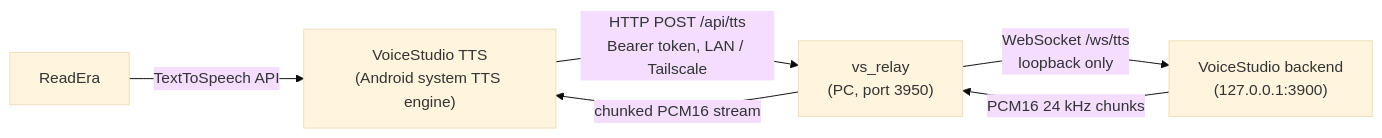
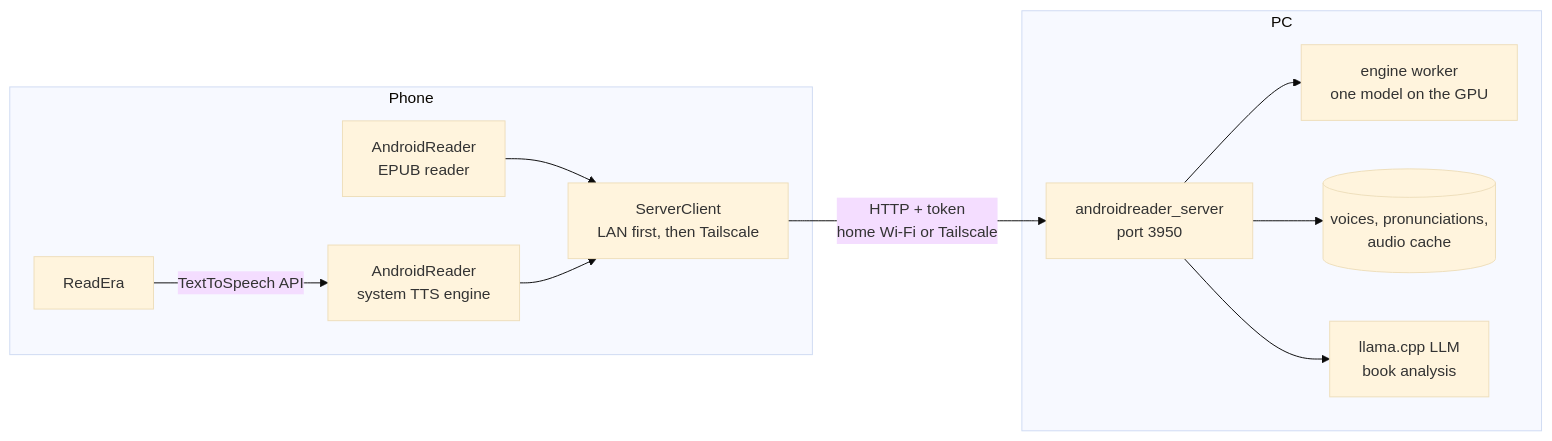
Before and after one commit to 0xbad1d3a5/ElvenReader: the diagram in README.md, drawn with Mermaid (base theme). The commit also changed other lines of this file, not shown here.

First line of the commit message:
Rewrite the README for AndroidReader

````diff
--- a/README.md
+++ b/README.md
@@ -10,7 +14,13 @@
 ```mermaid
 flowchart LR
-    R[ReadEra] -- "TextToSpeech API" --> E["VoiceStudio TTS<br/>(Android system TTS engine)"]
-    E -- "HTTP POST /api/tts<br/>Bearer token, LAN / Tailscale" --> Relay["vs_relay<br/>(PC, port 3950)"]
-    Relay -- "WebSocket /ws/tts<br/>loopback only" --> VS["VoiceStudio backend<br/>(127.0.0.1:3900)"]
-    VS -- "PCM16 24 kHz chunks" --> Relay -- "chunked PCM16 stream" --> E
+    subgraph Phone
+      R[AndroidReader<br/>EPUB reader] --> C
+      E[ReadEra] -- TextToSpeech API --> T[AndroidReader<br/>system TTS engine] --> C[ServerClient<br/>LAN first, then Tailscale]
+    end
+    C -- "HTTP + token<br/>home Wi-Fi or Tailscale" --> S
+    subgraph PC
+      S[androidreader_server<br/>port 3950] --> W[engine worker<br/>one model on the GPU]
+      S --> V[(voices, pronunciations,<br/>audio cache)]
+      S --> L[llama.cpp LLM<br/>book analysis]
+    end
 ```
````
